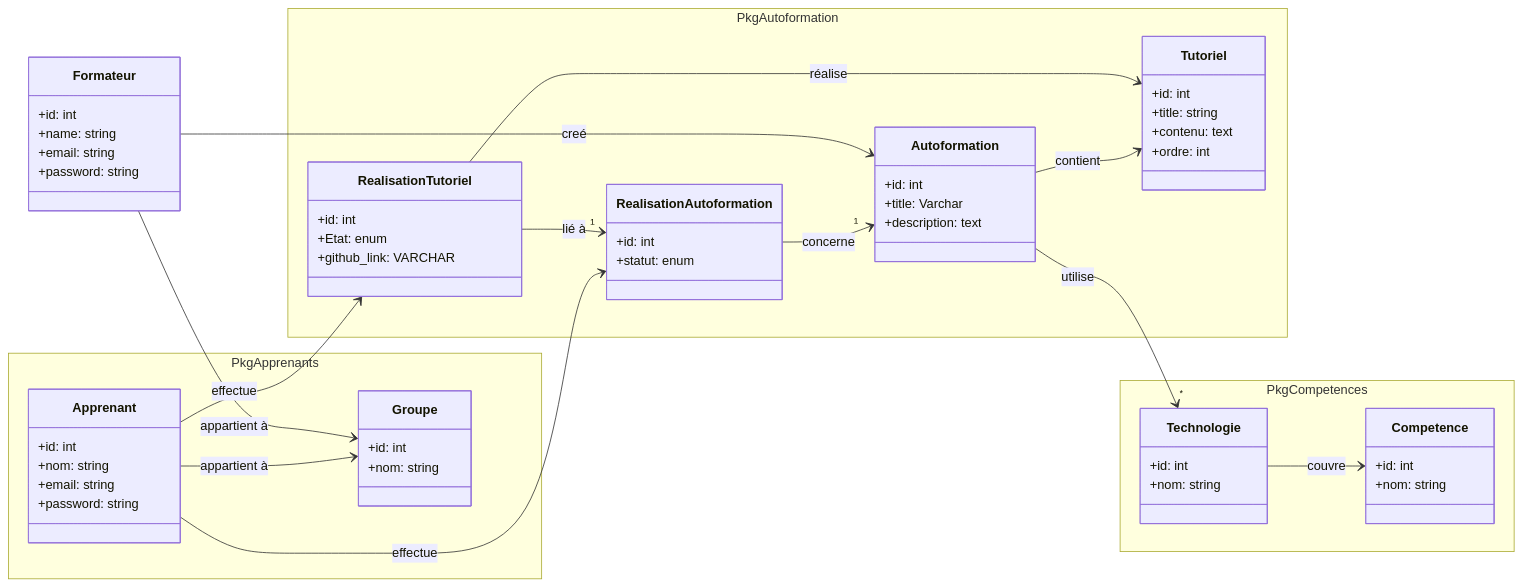
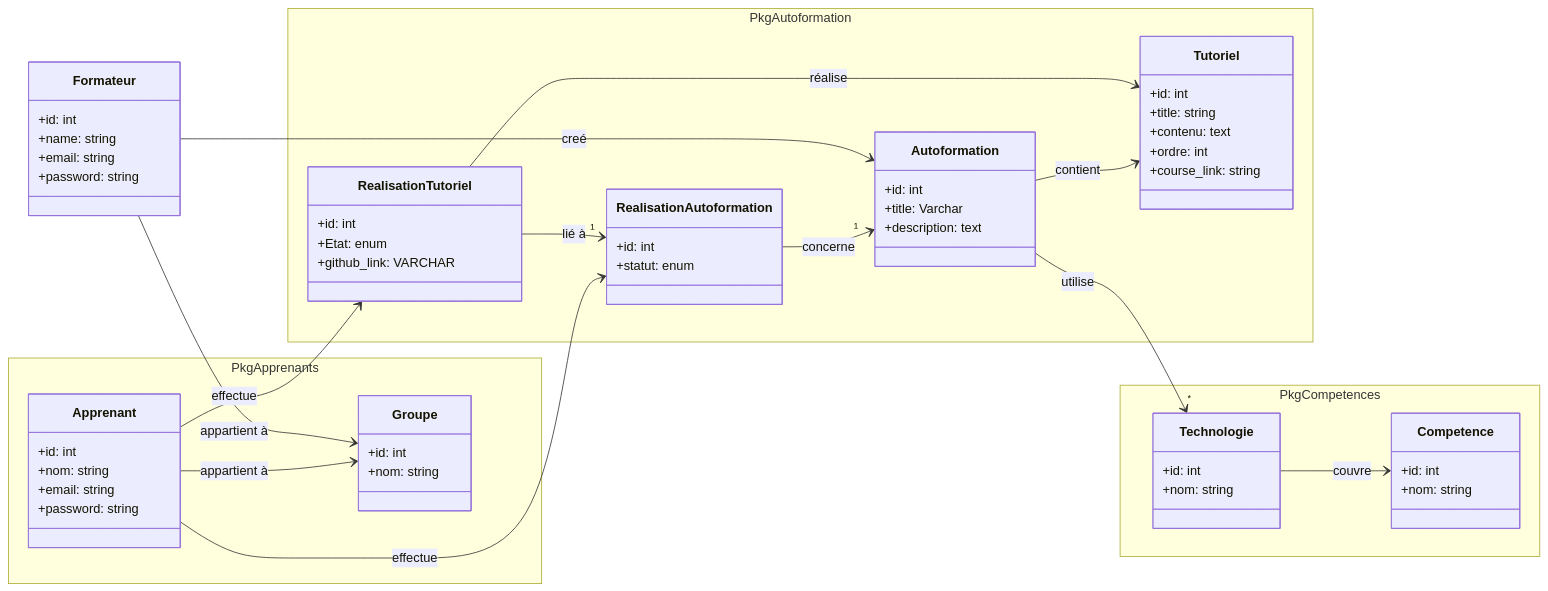
One commit to AyoubBakali07/UI_UX_Design changed the diagram in Conception/diagramAttr.mmd. Above: the diagram before and after it, drawn with Mermaid. The commit also changed 230 other files, not shown here.

Commit message:
add course link in diagramm

```diff
--- a/Conception/diagramAttr.mmd
+++ b/Conception/diagramAttr.mmd
@@ -1,79 +1,80 @@
 classDiagram
     direction LR
 
     %% === PkgApprenants ===
     namespace PkgApprenants {
         class Apprenant {
             +id: int
             +nom: string
             +email: string
             +password: string
         }
 
         class Groupe {
             +id: int
             +nom: string
         }
     }
 
     %% === PkgAutoformation ===
     namespace PkgAutoformation {
         class Autoformation {
             +id: int
             +title: Varchar
             +description: text
         }
 
         class Tutoriel {
             +id: int
             +title: string
             +contenu: text
             +ordre: int
+            +course_link: string
         }
 
         class RealisationAutoformation {
             +id: int
             +statut: enum
         }
 
         class RealisationTutoriel {
             +id: int
             +Etat: enum
             +github_link: VARCHAR
         }
     }
 
     %% === PkgCompetences ===
     namespace PkgCompetences {
         class Competence {
             +id: int
             +nom: string
         }
 
         class Technologie {
             +id: int
             +nom: string
         }
     }
     class Formateur{
         +id: int
         +name: string
         +email: string
         +password: string
     }
 
     %% === Relationships ===
     Apprenant --> RealisationAutoformation : effectue
     Apprenant --> RealisationTutoriel : effectue
     Apprenant --> Groupe : appartient à
 
     RealisationTutoriel --> "1" RealisationAutoformation : lié à
     RealisationAutoformation --> "1" Autoformation : concerne
 
     Autoformation --> "*" Technologie : utilise
     Autoformation --> Tutoriel : contient
     Technologie --> Competence : couvre
     RealisationTutoriel --> Tutoriel : réalise
 
     Formateur --> Groupe : appartient à
     Formateur --> Autoformation : creé
```
